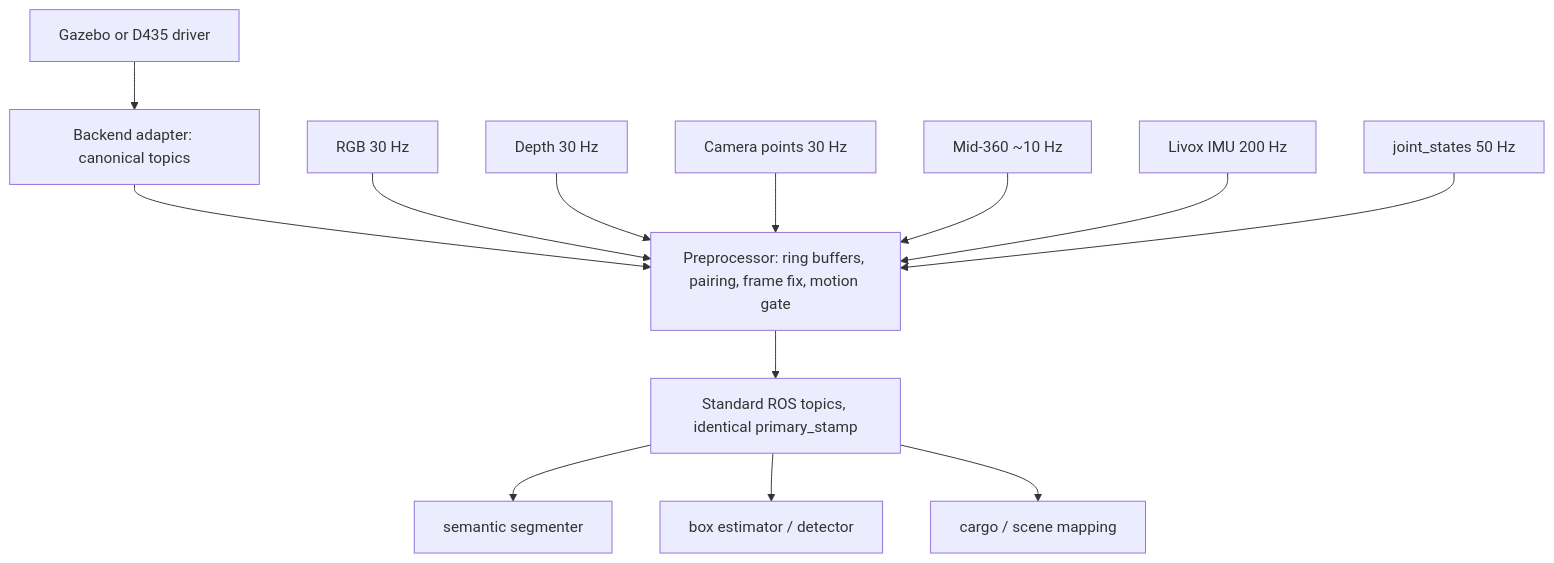
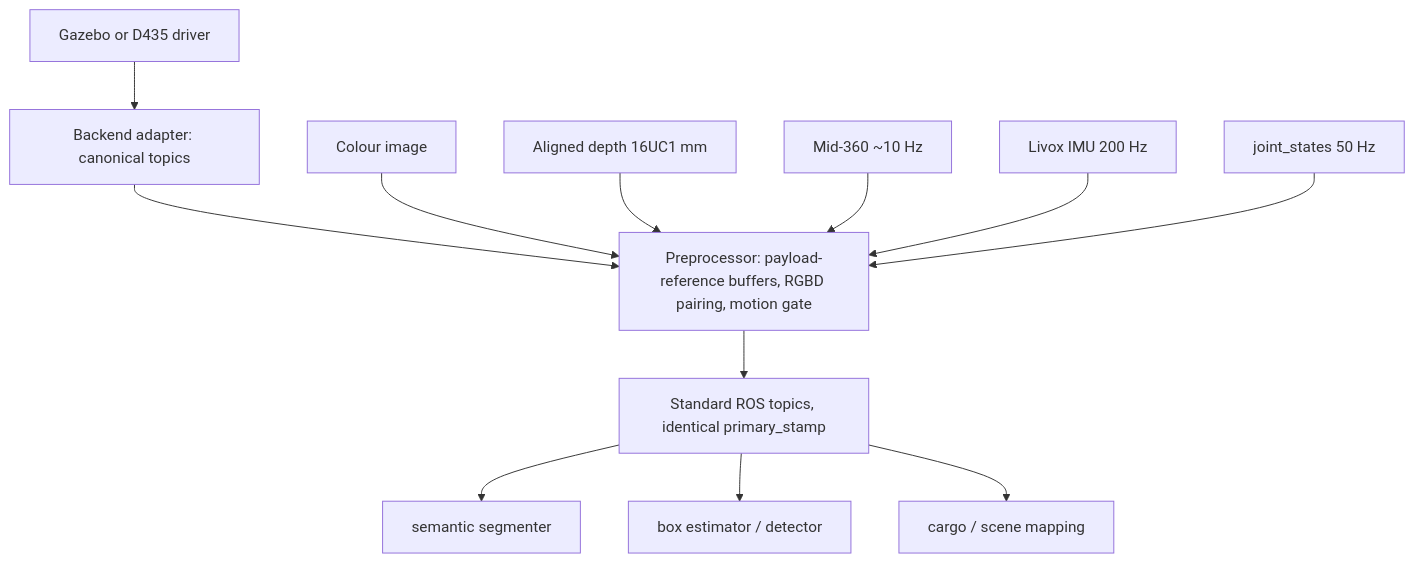
One commit to adamliaoyifan/RoboticArm changed the diagram in docs/architecture/sensor_data_pipeline.md. Above: the diagram before and after it, drawn with Mermaid. The commit also changed other lines of this file, not shown here.

First line of the commit message:
Amend sensor pipeline architecture for depth-primary payload contract

````diff
--- a/docs/architecture/sensor_data_pipeline.md
+++ b/docs/architecture/sensor_data_pipeline.md
@@ -9,16 +9,15 @@
 ```mermaid
 flowchart TD
   gz["Gazebo or D435 driver"] --> adapter["Backend adapter: canonical topics"]
   adapter --> pre
-  rgb["RGB 30 Hz"] --> pre
-  depth["Depth 30 Hz"] --> pre
-  points["Camera points 30 Hz"] --> pre
+  rgb["Colour image"] --> pre
+  depth["Aligned depth 16UC1 mm"] --> pre
   lidar["Mid-360 ~10 Hz"] --> pre
   imu["Livox IMU 200 Hz"] --> pre
   joints["joint_states 50 Hz"] --> pre
-  pre["Preprocessor: ring buffers, pairing, frame fix, motion gate"]
+  pre["Preprocessor: payload-reference buffers, RGBD pairing, motion gate"]
   pre --> topics["Standard ROS topics, identical primary_stamp"]
   topics --> seg["semantic segmenter"]
   topics --> box["box estimator / detector"]
   topics --> map["cargo / scene mapping"]
 ```
````
